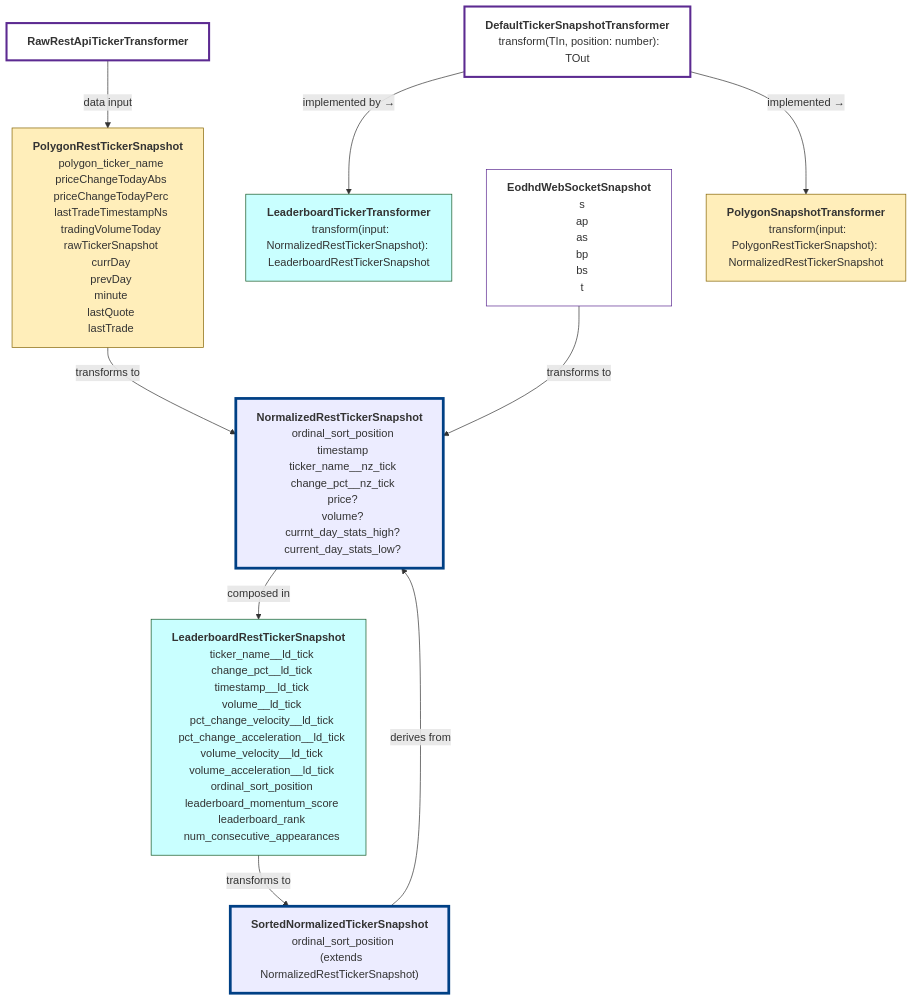
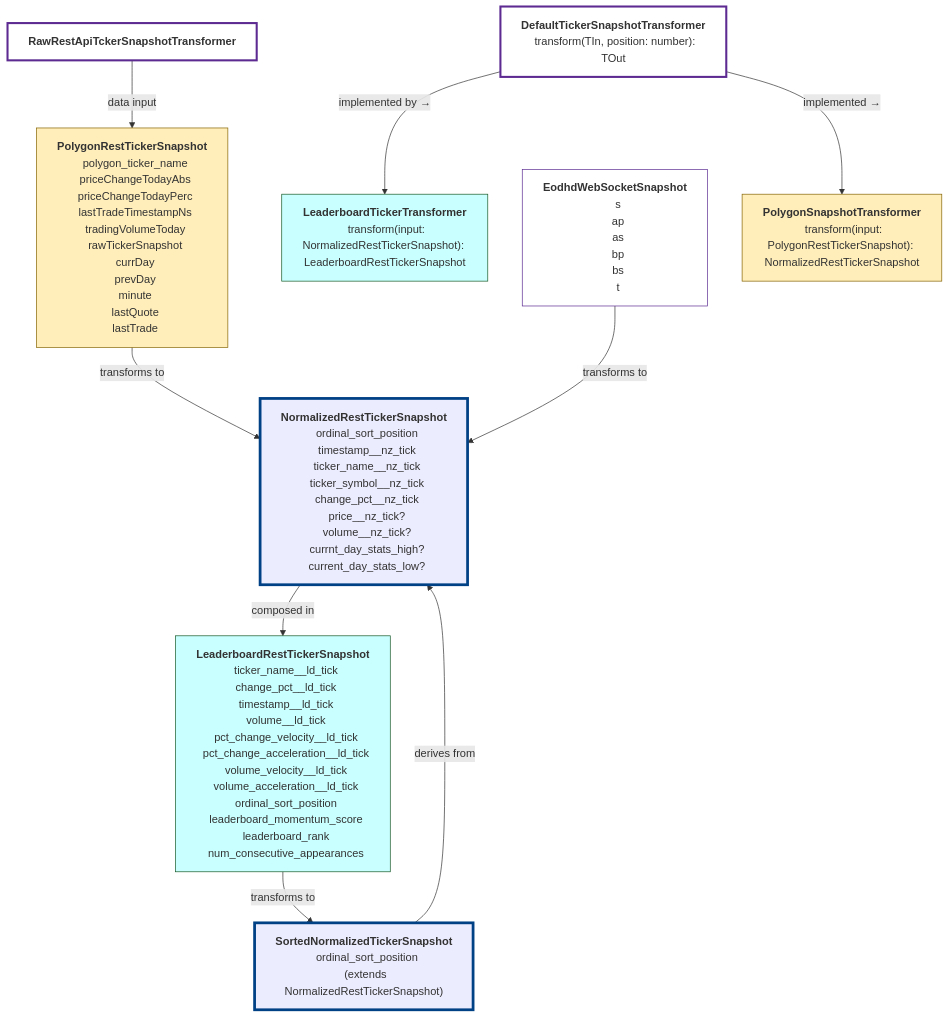
Before and after one commit to monolithgoon/momentum-trend-notification-bot: the diagram in src/docs/diagrams/rest-ticker-model.graph.mmd, drawn with Mermaid. The commit also changed 56 other files, not shown here.

Commit message:
chore (models/rest_api): reorgs the folder struc. for better consistency

```diff
--- a/src/docs/diagrams/rest-ticker-model.graph.mmd
+++ b/src/docs/diagrams/rest-ticker-model.graph.mmd
@@ -1,82 +1,83 @@
 %%{ init: { "theme": "default" } }%%
 graph TD
 
   %% 📘 Normalized domain
   NormalizedRestTickerSnapshot["<b>NormalizedRestTickerSnapshot</b>
   ordinal_sort_position
-  timestamp
+  timestamp__nz_tick
   ticker_name__nz_tick
+  ticker_symbol__nz_tick
   change_pct__nz_tick
-  price?
-  volume?
+  price__nz_tick?
+  volume__nz_tick?
   currnt_day_stats_high?
   current_day_stats_low?"]:::normalized
 
 SortedNormalizedTickerSnapshot["<b>SortedNormalizedTickerSnapshot</b>
   ordinal_sort_position
   (extends NormalizedRestTickerSnapshot)"]:::normalized
 
   EodhdWebSocketSnapshot["<b>EodhdWebSocketSnapshot</b>
   s
   ap
   as
   bp
   bs
   t"]:::eodhd
 
   %% 📗 Leaderboard domain
   LeaderboardRestTickerSnapshot["<b>LeaderboardRestTickerSnapshot</b>
   ticker_name__ld_tick
   change_pct__ld_tick
   timestamp__ld_tick
   volume__ld_tick
   pct_change_velocity__ld_tick
   pct_change_acceleration__ld_tick
   volume_velocity__ld_tick
   volume_acceleration__ld_tick
   ordinal_sort_position
   leaderboard_momentum_score
   leaderboard_rank
   num_consecutive_appearances"]:::leaderboard
 
   LeaderboardTickerTransformer["<b>LeaderboardTickerTransformer</b>
   transform(input: NormalizedRestTickerSnapshot): LeaderboardRestTickerSnapshot"]:::leaderboard
 
   %% 🟠 Polygon domain
   PolygonRestTickerSnapshot["<b>PolygonRestTickerSnapshot</b>
   polygon_ticker_name
   priceChangeTodayAbs
   priceChangeTodayPerc
   lastTradeTimestampNs
   tradingVolumeToday
   rawTickerSnapshot
   currDay
   prevDay
   minute
   lastQuote
   lastTrade"]:::polygon
 
   PolygonSnapshotTransformer["<b>PolygonSnapshotTransformer</b>
   transform(input: PolygonRestTickerSnapshot): NormalizedRestTickerSnapshot"]:::polygon
 
   %% 🟣 Raw / Transformer
-  RawRestApiTickerTransformer["<b>RawRestApiTickerTransformer</b>"]:::raw
+  RawRestApiTckerSnapshotTransformer["<b>RawRestApiTckerSnapshotTransformer</b>"]:::raw
   DefaultTickerSnapshotTransformer["<b>DefaultTickerSnapshotTransformer</b>
   transform(TIn, position: number): TOut"]:::raw
 
   %% 🔀 Updated Relationship Annotations
   PolygonRestTickerSnapshot -- "transforms to" --> NormalizedRestTickerSnapshot
   EodhdWebSocketSnapshot -- "transforms to" --> NormalizedRestTickerSnapshot
   SortedNormalizedTickerSnapshot -- "derives from" --> NormalizedRestTickerSnapshot
   NormalizedRestTickerSnapshot -- "composed in" --> LeaderboardRestTickerSnapshot
   LeaderboardRestTickerSnapshot -- "transforms to" --> SortedNormalizedTickerSnapshot
   DefaultTickerSnapshotTransformer -- "implemented →" --> PolygonSnapshotTransformer
   DefaultTickerSnapshotTransformer -- "implemented by →" --> LeaderboardTickerTransformer
-  RawRestApiTickerTransformer -- "data input" --> PolygonRestTickerSnapshot
+  RawRestApiTckerSnapshotTransformer -- "data input" --> PolygonRestTickerSnapshot
 
   %% Styles
   classDef normalized fill:light-grey,stroke:#004085,stroke-width:4
   classDef leaderboard fill:#c9ffff,stroke:#155724;
   classDef polygon fill:#ffeeba,stroke:#856404;
   classDef raw fill:#fff,stroke:#5c2a91, stroke-width:3;
   classDef eodhd fill:#fff,stroke:#5c2a91;
```
